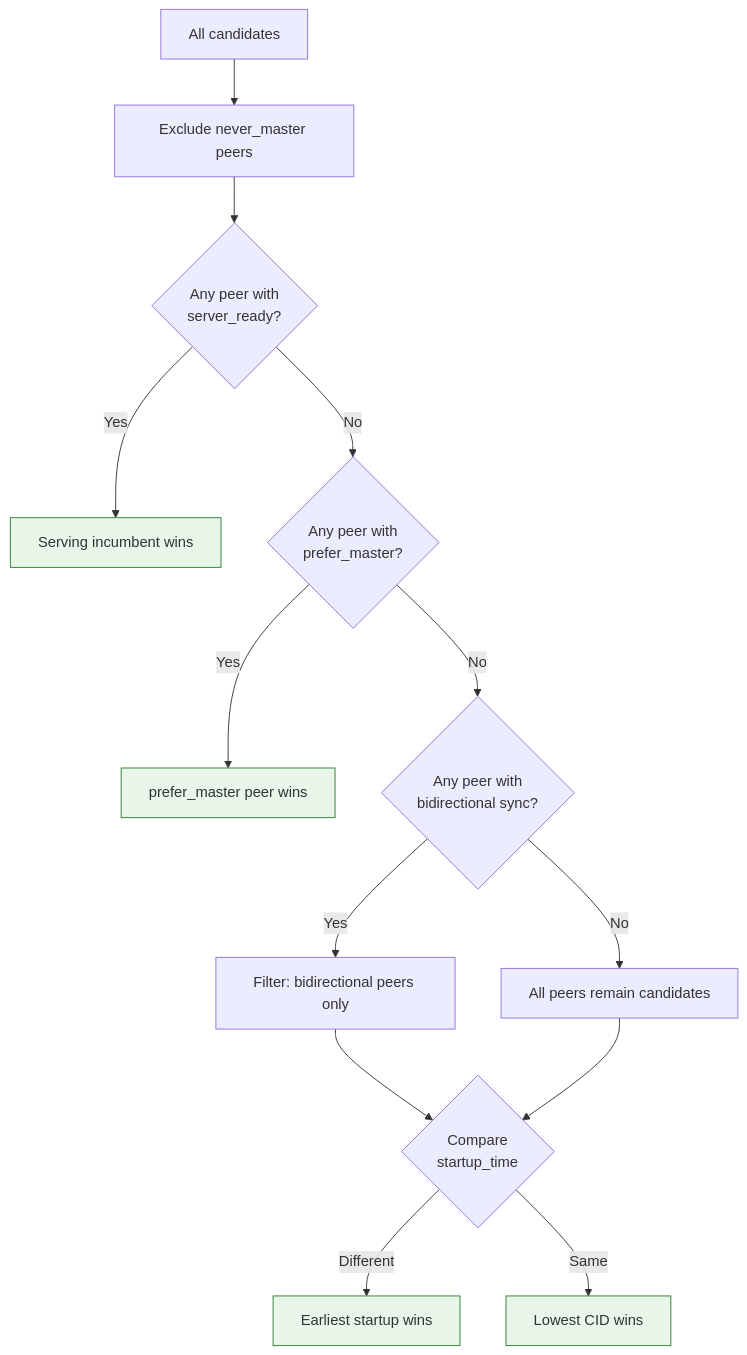
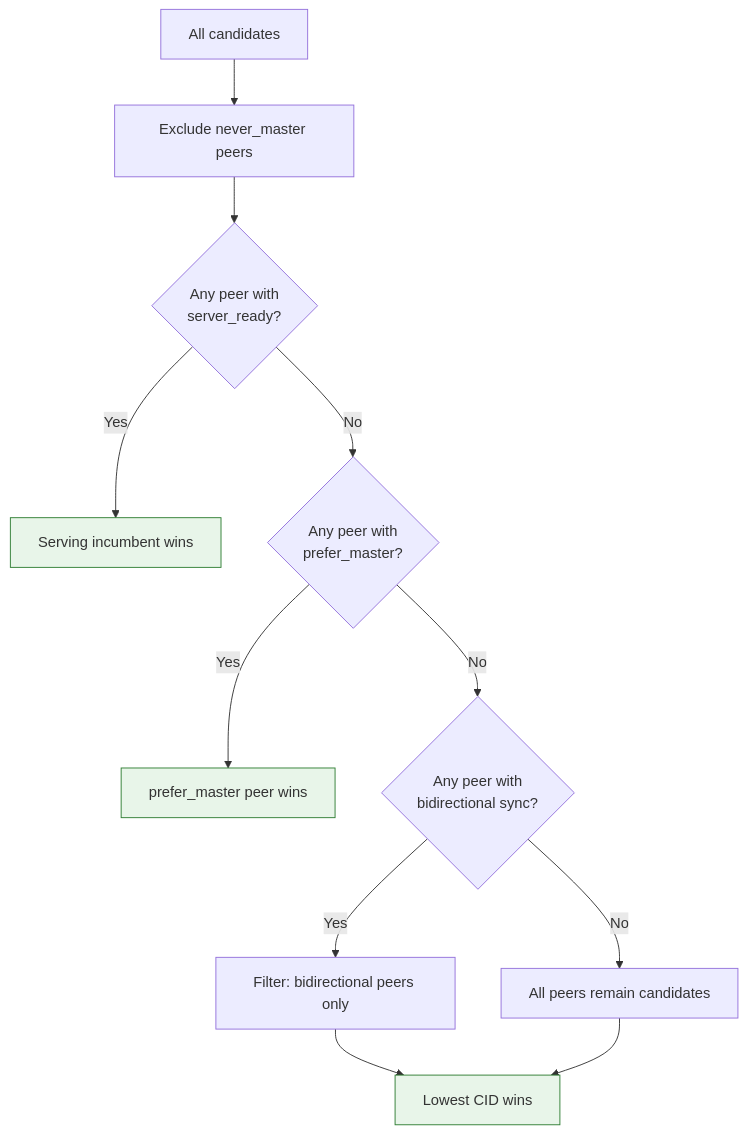
One commit to albertsdk/hsync-client changed the fifth of 7 diagrams in docs/internal/p2p-internals.md. Above: the diagram before and after it, drawn with Mermaid. The commit also changed other lines of this file and 27 other files, not shown here.

Commit message:
refactor(p2p): drop the startup-time plumbing and honour clock trust

````diff
--- a/docs/internal/p2p-internals.md
+++ b/docs/internal/p2p-internals.md
@@ -220,20 +220,17 @@
 ```mermaid
 flowchart TD
     START["All candidates"] --> NM["Exclude never_master peers"]
     NM --> SR{"Any peer with<br/>server_ready?"}
     SR -->|"Yes"| SR_WIN["Serving incumbent wins"]
     SR -->|"No"| FM{"Any peer with<br/>prefer_master?"}
     FM -->|"Yes"| FM_WIN["prefer_master peer wins"]
     FM -->|"No"| BIDIR{"Any peer with<br/>bidirectional sync?"}
     BIDIR -->|"Yes"| BIDIR_POOL["Filter: bidirectional peers only"]
     BIDIR -->|"No"| ALL_POOL["All peers remain candidates"]
-    BIDIR_POOL --> STARTUP{"Compare<br/>startup_time"}
-    ALL_POOL --> STARTUP
-    STARTUP -->|"Different"| EARLIEST["Earliest startup wins"]
-    STARTUP -->|"Same"| CID["Lowest CID wins"]
+    BIDIR_POOL --> CID["Lowest CID wins"]
+    ALL_POOL --> CID
 
     style SR_WIN fill:#e8f5e9,stroke:#2e7d32
     style FM_WIN fill:#e8f5e9,stroke:#2e7d32
-    style EARLIEST fill:#e8f5e9,stroke:#2e7d32
     style CID fill:#e8f5e9,stroke:#2e7d32
 ```
````
